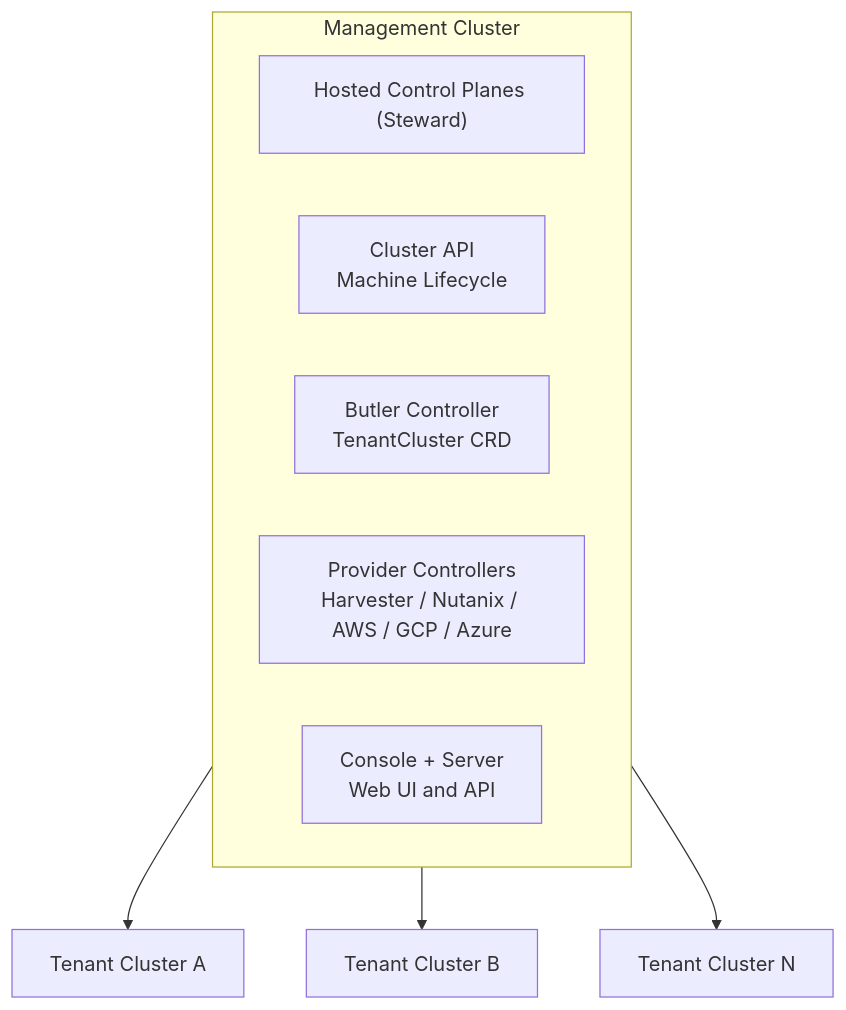
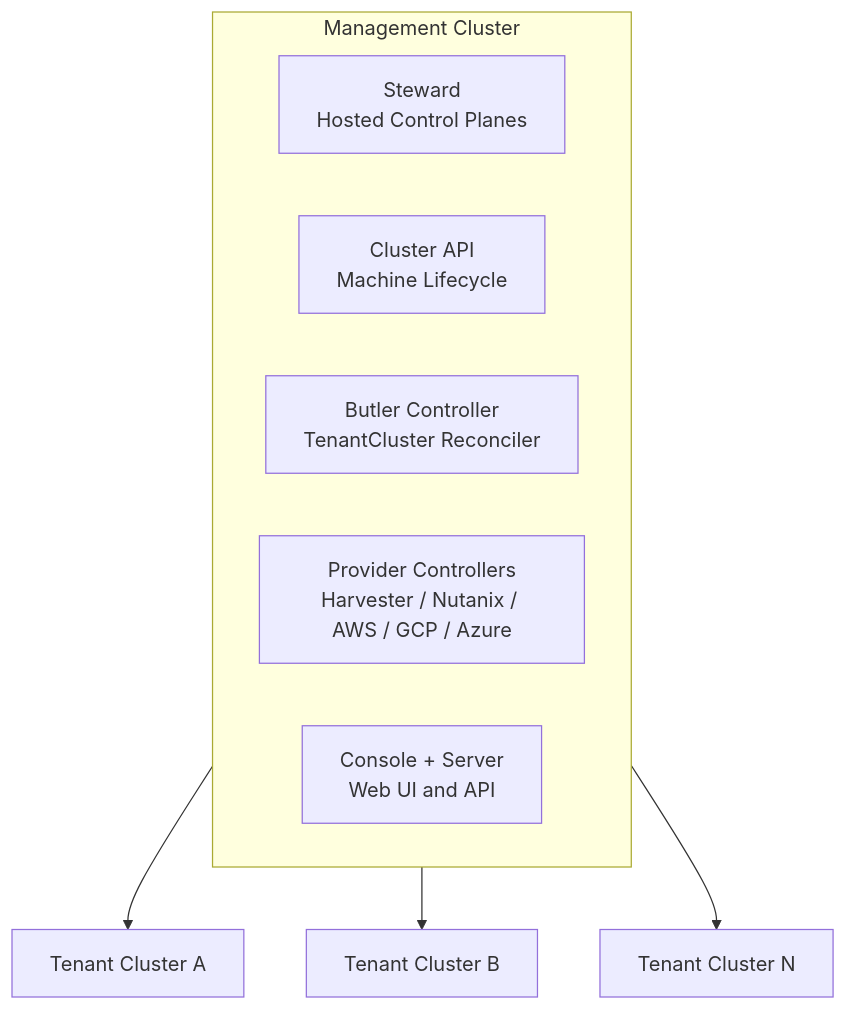
Before and after one commit to butlerdotdev/butler: the diagram in docs/intro.md, drawn with Mermaid. The commit also changed other lines of this file and 58 other files, not shown here.

````diff
--- a/docs/intro.md
+++ b/docs/intro.md
@@ -22,14 +20,14 @@
 ```mermaid
 graph TB
     subgraph mgmt["Management Cluster"]
-        steward["Hosted Control Planes (Steward)"]
+        steward["Steward<br/>Hosted Control Planes"]
         capi["Cluster API<br/>Machine Lifecycle"]
-        ctrl["Butler Controller<br/>TenantCluster CRD"]
+        ctrl["Butler Controller<br/>TenantCluster Reconciler"]
         prov["Provider Controllers<br/>Harvester / Nutanix / AWS / GCP / Azure"]
         console["Console + Server<br/>Web UI and API"]
     end
 
     mgmt --> tc1["Tenant Cluster A"]
     mgmt --> tc2["Tenant Cluster B"]
     mgmt --> tc3["Tenant Cluster N"]
 ```
````
